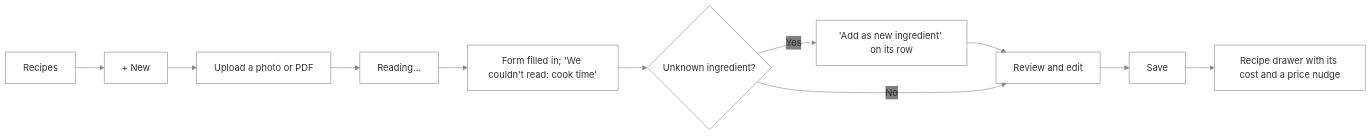
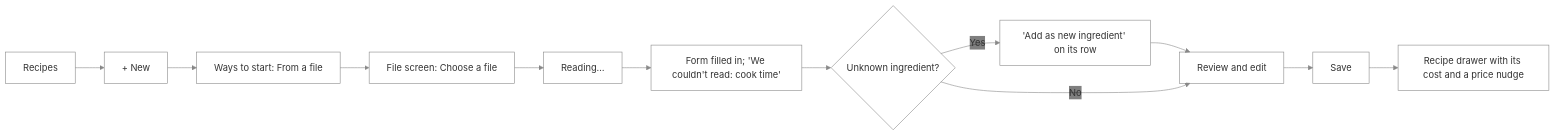
One commit to NovaMoonX/moondreams-dev-apps changed diagram 26 of 31 in src/apps/pinch/UX.md. Above: the diagram before and after it, drawn with Mermaid. The commit also changed other lines of this file and 206 other files, not shown here.

````diff
--- a/src/apps/pinch/UX.md
+++ b/src/apps/pinch/UX.md
@@ -724,9 +841,9 @@
 ```mermaid
 %%{init: {'theme': 'base', 'themeVariables': {'primaryColor': 'transparent', 'clusterBkg': 'transparent', 'primaryBorderColor': '#888888', 'clusterBorder': '#888888', 'lineColor': '#888888', 'primaryTextColor': '#333333'}}}%%
 flowchart LR
-    A[Recipes] --> B[+ New] --> C["Upload a photo or PDF"] --> D["Reading…"] --> E["Form filled in; 'We couldn't read: cook time'"]
+    A[Recipes] --> B[+ New] --> C["Ways to start: From a file"] --> C2["File screen: Choose a file"] --> D["Reading…"] --> E["Form filled in; 'We couldn't read: cook time'"]
     E --> F{"Unknown ingredient?"}
     F -->|Yes| G["'Add as new ingredient' on its row"] --> H[Review and edit]
     F -->|No| H
     H --> I[Save] --> J["Recipe drawer with its cost and a price nudge"]
 ```
````
